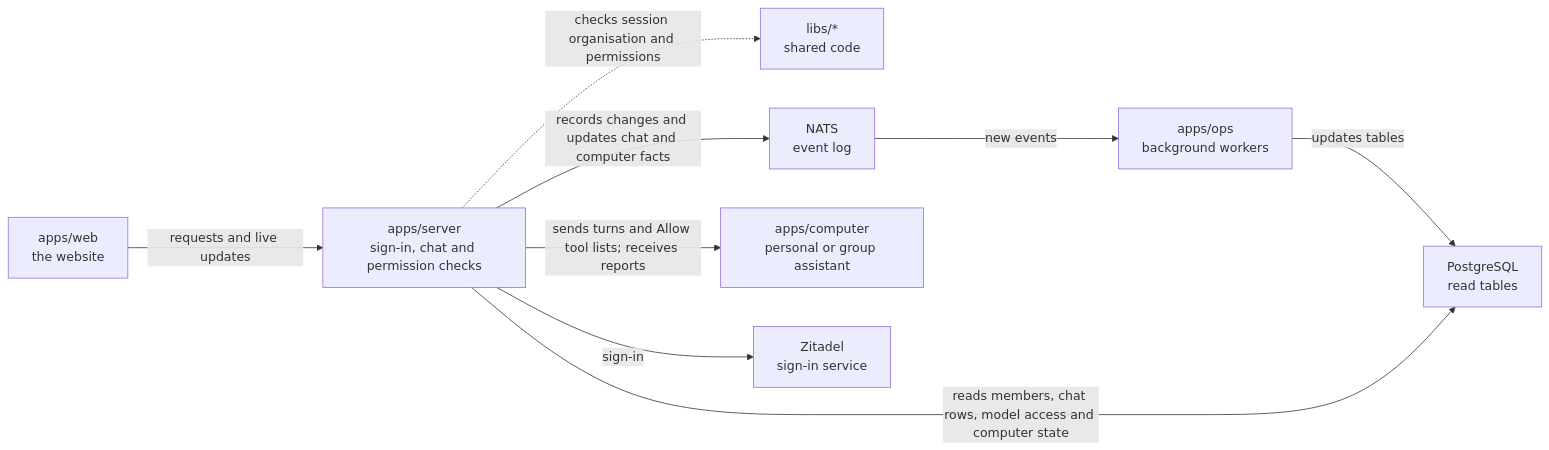
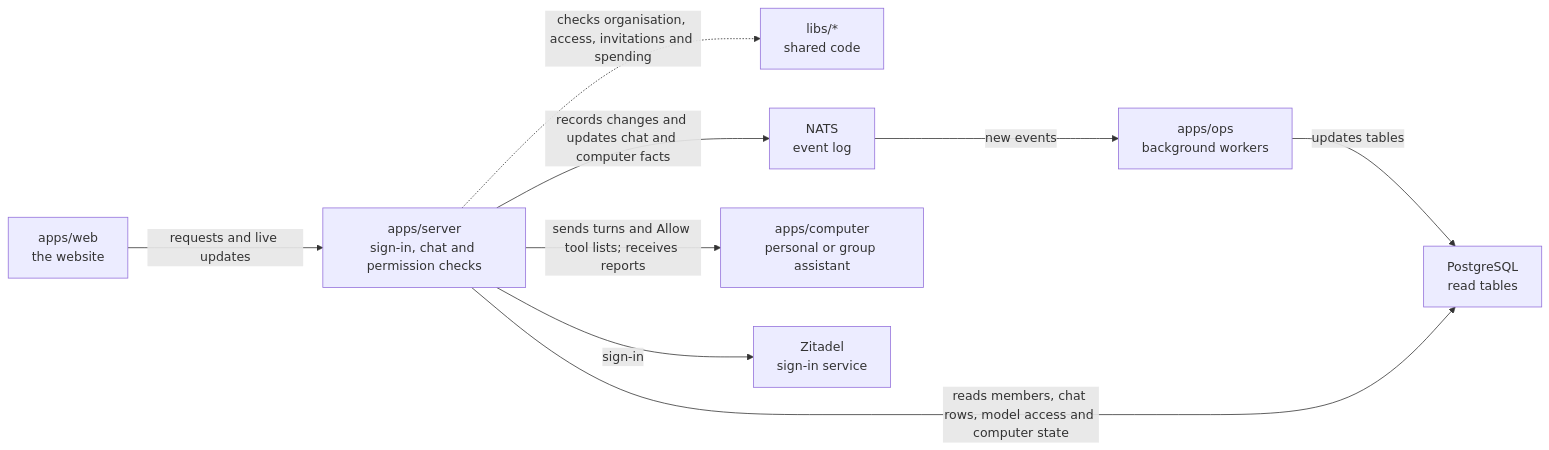
One commit to elewa-git/opencrane-new changed the diagram in apps/server/README.md. Above: the diagram before and after it, drawn with Mermaid. The commit also changed other lines of this file and 21 other files, not shown here.

````diff
--- a/apps/server/README.md
+++ b/apps/server/README.md
@@ -11,11 +11,11 @@
 ```mermaid
 flowchart LR
   web["apps/web<br/>the website"] -->|requests and live updates| server["apps/server<br/>sign-in, chat and permission checks"]
-  server -.->|checks session organisation and permissions| libs["libs/*<br/>shared code"]
+  server -.->|checks organisation, access, invitations and spending| libs["libs/*<br/>shared code"]
   server -->|records changes and updates chat and computer facts| nats["NATS<br/>event log"]
   nats -->|new events| ops["apps/ops<br/>background workers"]
   ops -->|updates tables| postgres["PostgreSQL<br/>read tables"]
   server -->|reads members, chat rows, model access and computer state| postgres
   server -->|sends turns and Allow tool lists; receives reports| computer["apps/computer<br/>personal or group assistant"]
   server -->|sign-in| zitadel["Zitadel<br/>sign-in service"]
 ```
````
